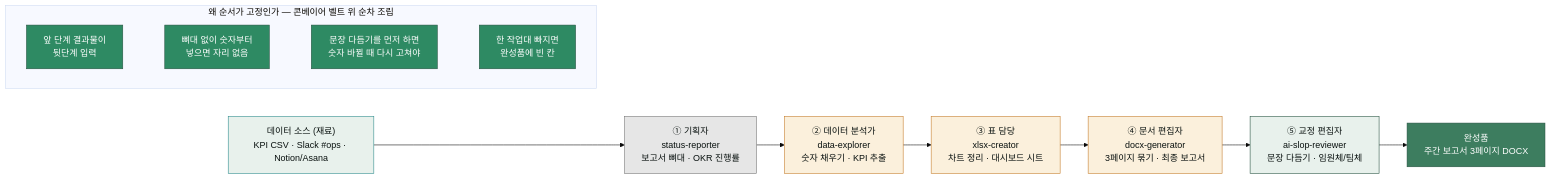
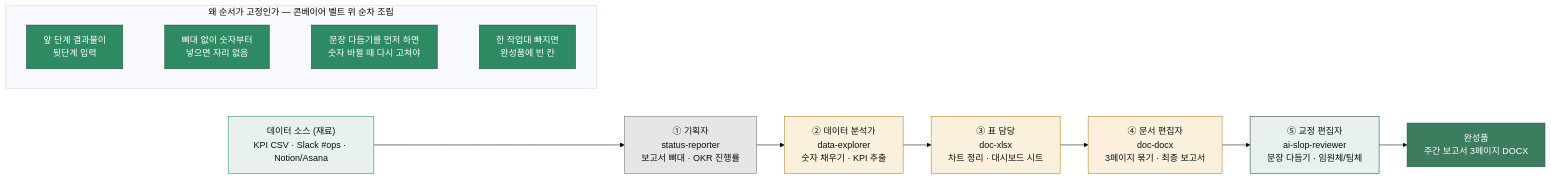
The third of 5 diagrams in www/content/cookbook/report-automation.md (modu-ai/cowork-plugins), drawn with Mermaid (base theme) before and after one commit. The commit also changed other lines of this file and 45 other files, not shown here.

First line of the commit message:
docs(www): 스킬명 정합 + 깨진 링크 수정 + mermaid 보강

````diff
--- a/www/content/cookbook/report-automation.md
+++ b/www/content/cookbook/report-automation.md
@@ -59,35 +59,35 @@
 ```mermaid
 flowchart LR
    SRC["데이터 소스 (재료)<br/>KPI CSV · Slack #ops · Notion/Asana"]
    ST1["① 기획자<br/>status-reporter<br/>보고서 뼈대 · OKR 진행률"]
    ST2["② 데이터 분석가<br/>data-explorer<br/>숫자 채우기 · KPI 추출"]
-   ST3["③ 표 담당<br/>xlsx-creator<br/>차트 정리 · 대시보드 시트"]
-   ST4["④ 문서 편집자<br/>docx-generator<br/>3페이지 묶기 · 최종 보고서"]
+   ST3["③ 표 담당<br/>doc-xlsx<br/>차트 정리 · 대시보드 시트"]
+   ST4["④ 문서 편집자<br/>doc-docx<br/>3페이지 묶기 · 최종 보고서"]
    ST5["⑤ 교정 편집자<br/>ai-slop-reviewer<br/>문장 다듬기 · 임원체/팀체"]
    OUT["완성품<br/>주간 보고서 3페이지 DOCX"]
 
    SRC --> ST1 --> ST2 --> ST3 --> ST4 --> ST5 --> OUT
 
    subgraph seq["왜 순서가 고정인가 — 콘베이어 벨트 위 순차 조립"]
        direction LR
        R1["앞 단계 결과물이<br/>뒷단계 입력"]
        R2["뼈대 없이 숫자부터<br/>넣으면 자리 없음"]
        R3["문장 다듬기를 먼저 하면<br/>숫자 바뀔 때 다시 고쳐야"]
        R4["한 작업대 빠지면<br/>완성품에 빈 칸"]
        R1 ~~~ R2 ~~~ R3 ~~~ R4
    end
 
    classDef plan fill:#e6e6e6,stroke:#757575,color:#09110f
    classDef build fill:#fbf0dc,stroke:#c47b2a,color:#09110f
    classDef qa fill:#e8f1ec,stroke:#265240,color:#09110f
    classDef src fill:#e8f1ec,stroke:#2a8a8c,color:#09110f
    classDef out fill:#3d7d5f,stroke:#265240,color:#FFFFFF
    classDef rule fill:#2e8a63,stroke:#265240,color:#FFFFFF
 
    class SRC src
    class ST1 plan
    class ST2,ST3,ST4 build
    class ST5 qa
    class OUT out
    class R1,R2,R3,R4 rule
 ```
````
